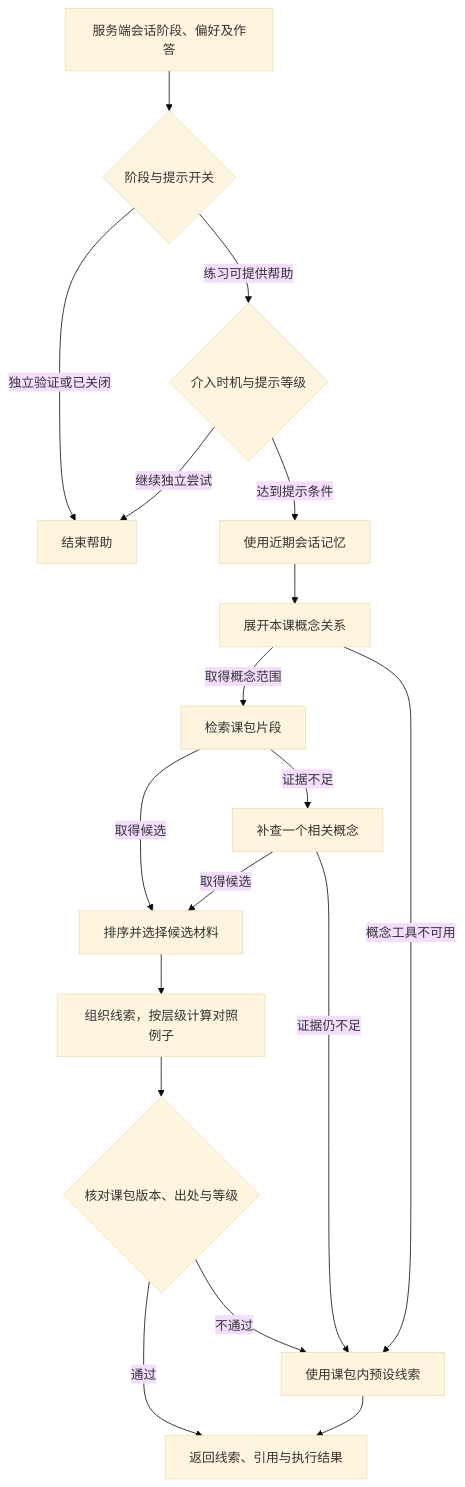
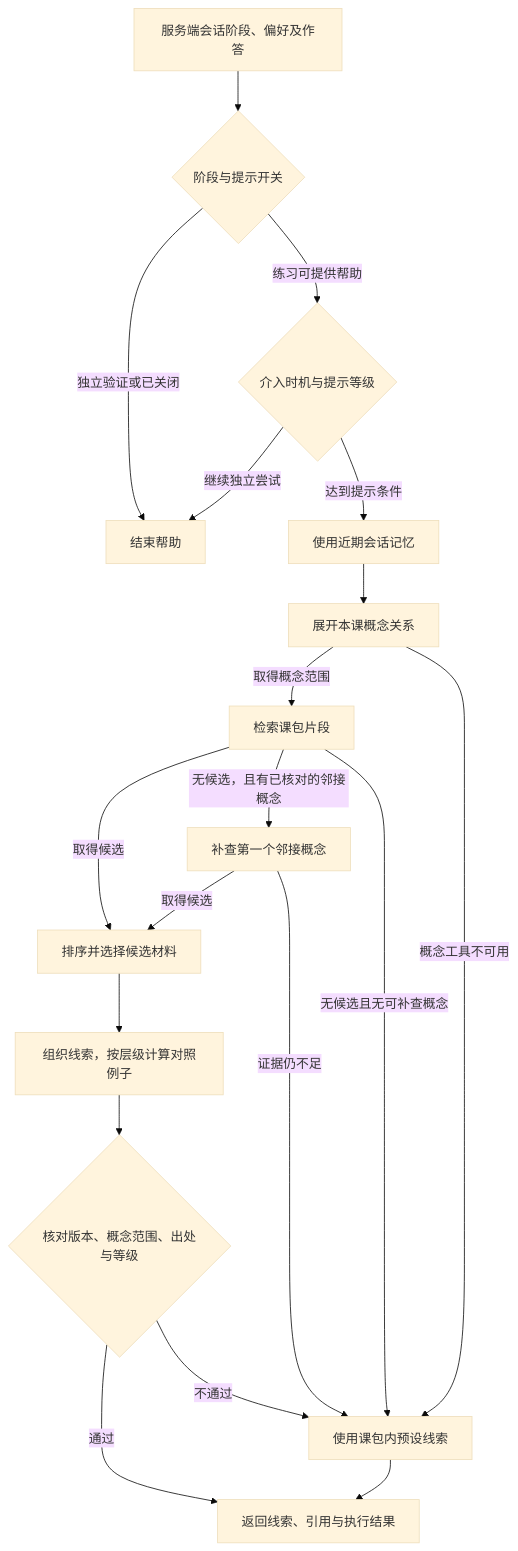
One commit to LJHSTO/edu-promaic changed the second of 2 diagrams in docs/software/architecture.md. Above: the diagram before and after it, drawn with Mermaid (base theme). The commit also changed other lines of this file and 9 other files, not shown here.

Commit message:
将图谱范围贯穿智能体检索与选材

````diff
--- a/docs/software/architecture.md
+++ b/docs/software/architecture.md
@@ -34,20 +34,21 @@
 ```mermaid
 flowchart TD
   Input["服务端会话阶段、偏好及作答"] --> Guard{"阶段与提示开关"}
   Guard -->|"独立验证或已关闭"| Stop["结束帮助"]
   Guard -->|"练习可提供帮助"| Policy{"介入时机与提示等级"}
   Policy -->|"继续独立尝试"| Stop
   Policy -->|"达到提示条件"| Memory["使用近期会话记忆"]
   Memory --> Graph["展开本课概念关系"]
   Graph -->|"取得概念范围"| Retrieve["检索课包片段"]
   Graph -->|"概念工具不可用"| Fallback["使用课包内预设线索"]
   Retrieve -->|"取得候选"| Rank["排序并选择候选材料"]
-  Retrieve -->|"证据不足"| Related["补查一个相关概念"]
+  Retrieve -->|"无候选，且有已核对的邻接概念"| Related["补查第一个邻接概念"]
+  Retrieve -->|"无候选且无可补查概念"| Fallback
   Related -->|"取得候选"| Rank
   Related -->|"证据仍不足"| Fallback
   Rank --> Compose["组织线索，按层级计算对照例子"]
-  Compose --> Validate{"核对课包版本、出处与等级"}
+  Compose --> Validate{"核对版本、概念范围、出处与等级"}
   Validate -->|"通过"| Deliver["返回线索、引用与执行结果"]
   Validate -->|"不通过"| Fallback
   Fallback --> Deliver
 ```
````
